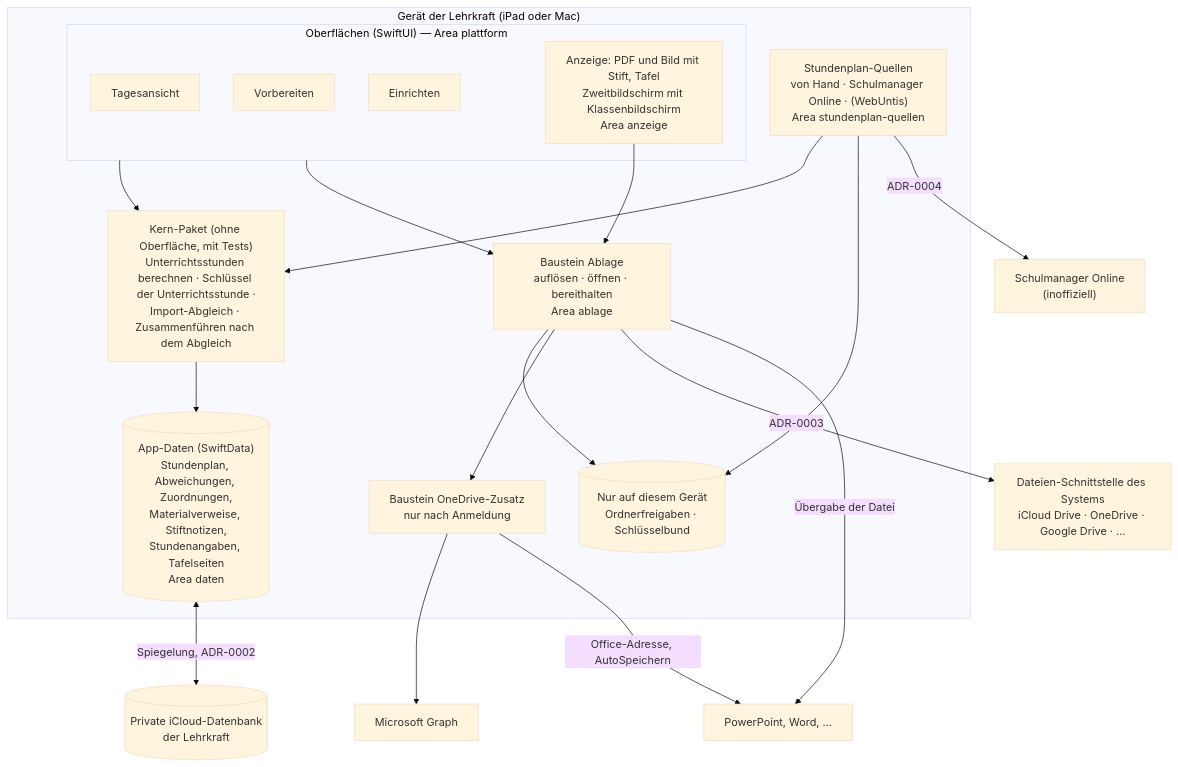
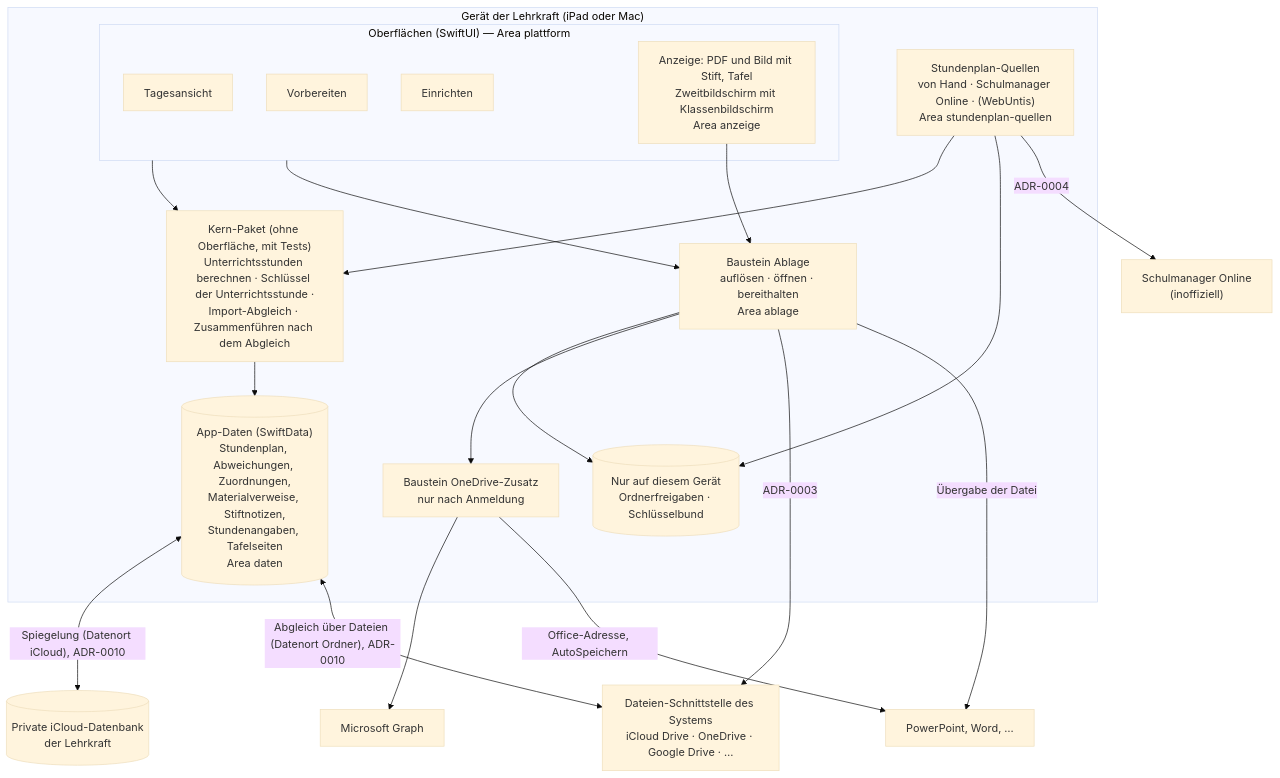
Before and after one commit to andreasgrathwohl/Tagesmappe: the diagram in docs/ARCHITECTURE.md, drawn with Mermaid (base theme). The commit also changed other lines of this file and 10 other files, not shown here.

````diff
--- a/docs/ARCHITECTURE.md
+++ b/docs/ARCHITECTURE.md
@@ -21,38 +21,39 @@
 ```mermaid
 flowchart TB
     subgraph Geraet["Gerät der Lehrkraft (iPad oder Mac)"]
         subgraph UI["Oberflächen (SwiftUI) — Area plattform"]
             Tag["Tagesansicht"]
             Vorb["Vorbereiten"]
             Einr["Einrichten"]
             Anz["Anzeige: PDF und Bild mit Stift, Tafel<br/>Zweitbildschirm mit Klassenbildschirm<br/>Area anzeige"]
         end
         Kern["Kern-Paket (ohne Oberfläche, mit Tests)<br/>Unterrichtsstunden berechnen · Schlüssel der Unterrichtsstunde ·<br/>Import-Abgleich · Zusammenführen nach dem Abgleich"]
         Daten[("App-Daten (SwiftData)<br/>Stundenplan, Abweichungen, Zuordnungen,<br/>Materialverweise, Stiftnotizen,<br/>Stundenangaben, Tafelseiten<br/>Area daten")]
         Lokal[("Nur auf diesem Gerät<br/>Ordnerfreigaben · Schlüsselbund")]
         Abl["Baustein Ablage<br/>auflösen · öffnen · bereithalten<br/>Area ablage"]
         OD["Baustein OneDrive-Zusatz<br/>nur nach Anmeldung"]
         Quel["Stundenplan-Quellen<br/>von Hand · Schulmanager Online · (WebUntis)<br/>Area stundenplan-quellen"]
     end
 
     iCloud[("Private iCloud-Datenbank<br/>der Lehrkraft")]
     Files["Dateien-Schnittstelle des Systems<br/>iCloud Drive · OneDrive · Google Drive · …"]
     Office["PowerPoint, Word, …"]
     Graph["Microsoft Graph"]
     SM["Schulmanager Online<br/>(inoffiziell)"]
 
     UI --> Kern
     Kern --> Daten
     UI --> Abl
     Anz --> Abl
     Abl --> Lokal
     Abl --> OD
     Quel --> Kern
     Quel --> Lokal
-    Daten <-- "Spiegelung, ADR-0002" --> iCloud
+    Daten <-- "Spiegelung (Datenort iCloud), ADR-0010" --> iCloud
+    Daten <-- "Abgleich über Dateien (Datenort Ordner), ADR-0010" --> Files
     Abl -- "ADR-0003" --> Files
     Abl -- "Übergabe der Datei" --> Office
     OD --> Graph
     OD -- "Office-Adresse, AutoSpeichern" --> Office
     Quel -- "ADR-0004" --> SM
 ```
````
